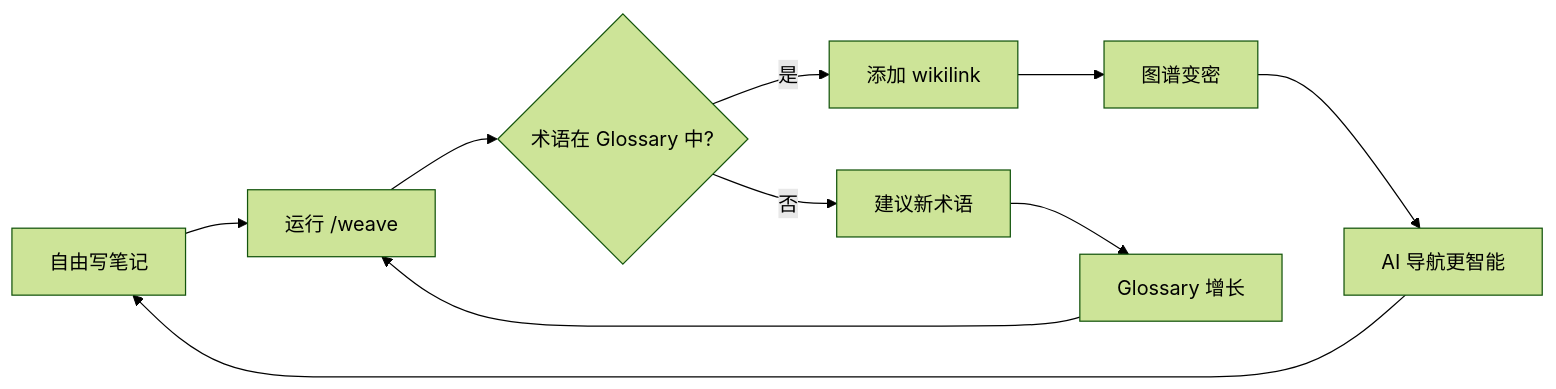
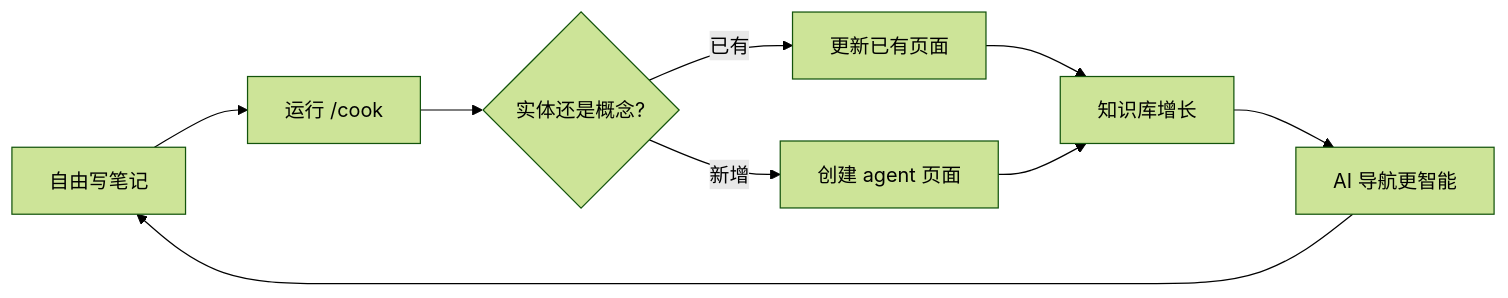
Before and after one commit to JayJiangCT/BYOAO: the diagram in guide/zh/core-concepts.md, drawn with Mermaid (forest theme). The commit also changed other lines of this file and 376 other files, not shown here.

````diff
--- a/guide/zh/core-concepts.md
+++ b/guide/zh/core-concepts.md
@@ -13,12 +13,11 @@
 ```mermaid
 graph LR
-    A[自由写笔记] --> B[运行 /weave]
-    B --> C{术语在 Glossary 中?}
-    C -->|是| D[添加 wikilink]
-    C -->|否| E[建议新术语]
-    D --> F[图谱变密]
-    E --> G[Glossary 增长]
-    G --> B
-    F --> H[AI 导航更智能]
-    H --> A
+    A[自由写笔记] --> B[运行 /cook]
+    B --> C{实体还是概念?}
+    C -->|已有| D[更新已有页面]
+    C -->|新增| E[创建 agent 页面]
+    D --> F[知识库增长]
+    E --> F
+    F --> G[AI 导航更智能]
+    G --> A
 ```
````
